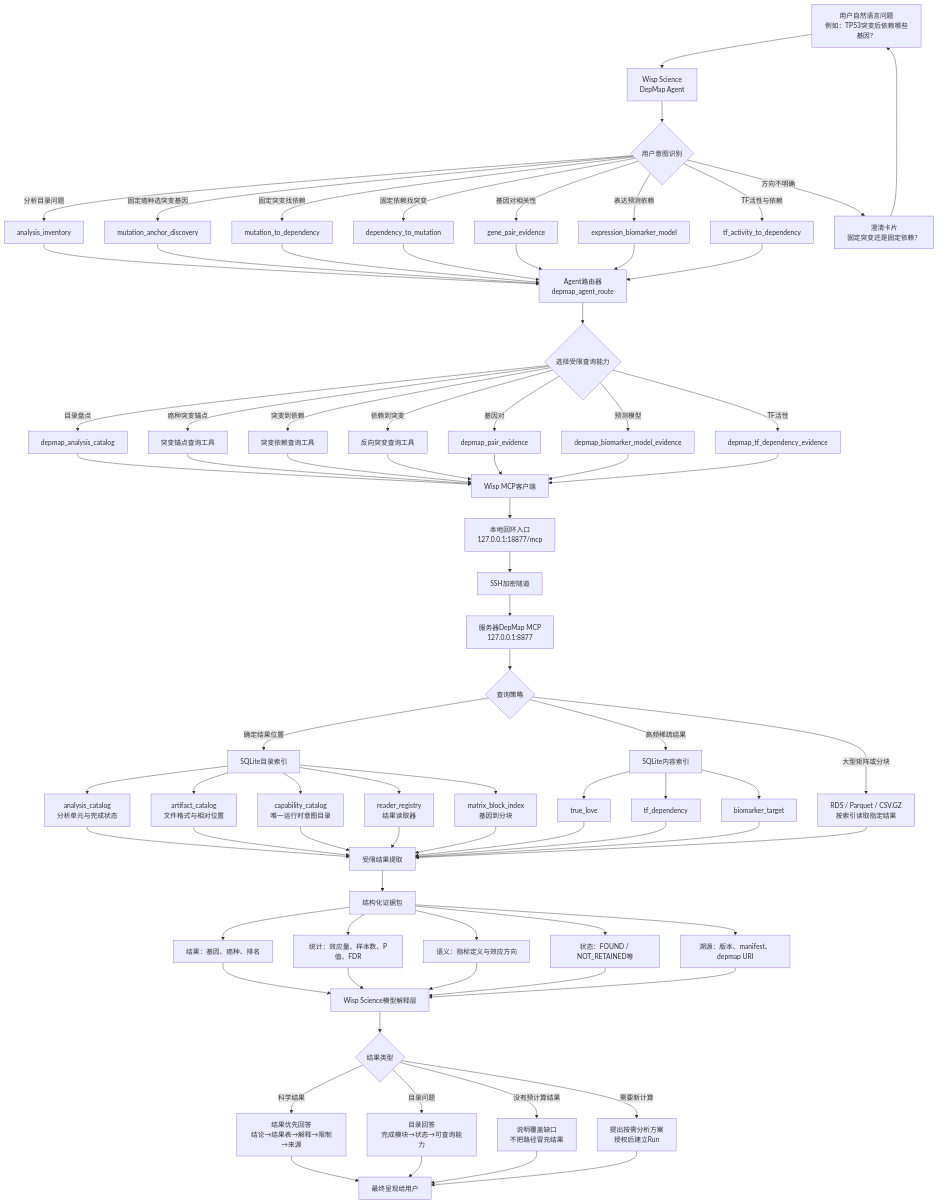
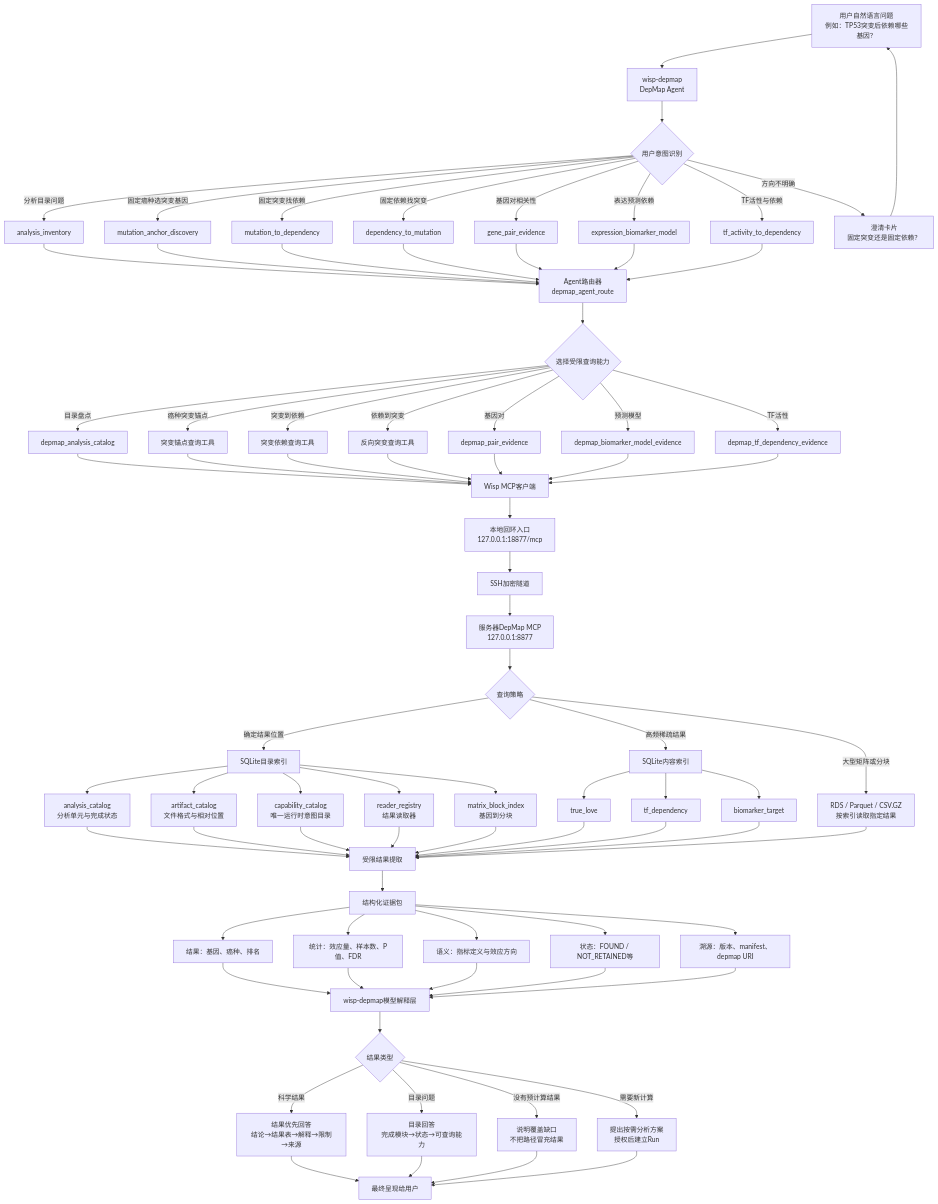
Before and after one commit to Yu-Qiao-sjtu/wisp-science-depmap: the first of 2 diagrams in docs/depmap-remote-mcp-architecture.zh-CN.md, drawn with Mermaid. The commit also changed other lines of this file and 139 other files, not shown here.

First line of the commit message:
Brand product as wisp-depmap 0.1.0 (#23)

````diff
--- a/docs/depmap-remote-mcp-architecture.zh-CN.md
+++ b/docs/depmap-remote-mcp-architecture.zh-CN.md
@@ -7,7 +7,7 @@
 ```mermaid
 flowchart TD
     U["用户自然语言问题<br/>例如：TP53突变后依赖哪些基因？"]
-    U --> A["Wisp Science<br/>DepMap Agent"]
+    U --> A["wisp-depmap<br/>DepMap Agent"]
     A --> B{"用户意图识别"}
 
     B -->|分析目录问题| I1["analysis_inventory"]
@@ -80,7 +80,7 @@
     P --> P4["状态：FOUND / NOT_RETAINED等"]
     P --> P5["溯源：版本、manifest、depmap URI"]
 
-    P1 --> X["Wisp Science模型解释层"]
+    P1 --> X["wisp-depmap模型解释层"]
     P2 --> X
     P3 --> X
     P4 --> X
````
